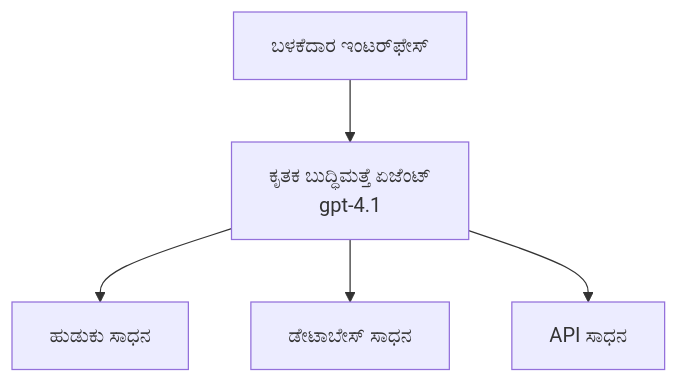
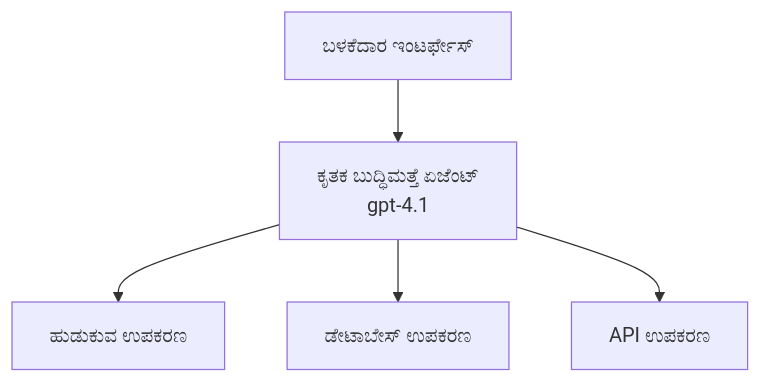
Before and after one commit to microsoft/AZD-for-beginners: the first of 3 diagrams in translations/kn/docs/chapter-02-ai-development/agents.md, drawn with Mermaid. The commit also changed other lines of this file and 104 other files, not shown here.

````diff
--- a/translations/kn/docs/chapter-02-ai-development/agents.md
+++ b/translations/kn/docs/chapter-02-ai-development/agents.md
@@ -157,7 +162,7 @@
 ```mermaid
 graph TD
-    UI[ಬಳಕೆದಾರ ಇಂಟರ್‌ಫೇಸ್] --> Agent[ಕೃತಕ ಬುದ್ಧಿಮತ್ತೆ ಏಜೆಂಟ್<br/>gpt-4.1]
-    Agent --> Search[ಹುಡುಕು ಸಾಧನ]
-    Agent --> Database[ಡೇಟಾಬೇಸ್ ಸಾಧನ]
-    Agent --> API[API ಸಾಧನ]
+    UI[ಬಳಕೆದಾರ ಇಂಟರ್ಫೇಸ್] --> Agent[ಕೃತಕ ಬುದ್ಧಿಮತ್ತೆ ಏಜೆಂಟ್<br/>gpt-4.1]
+    Agent --> Search[ಹುಡುಕುವ ಉಪಕರಣ]
+    Agent --> Database[ಡೇಟಾಬೇಸ್ ಉಪಕರಣ]
+    Agent --> API[API ಉಪಕರಣ]
 ```
````
